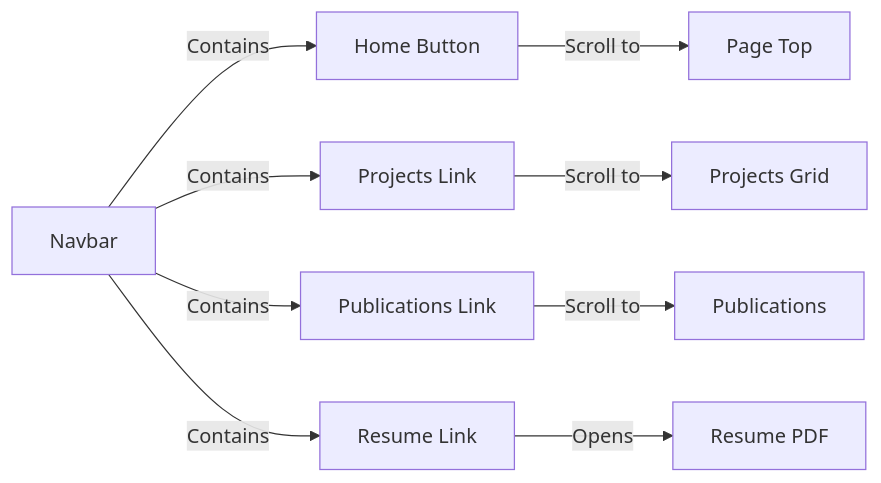
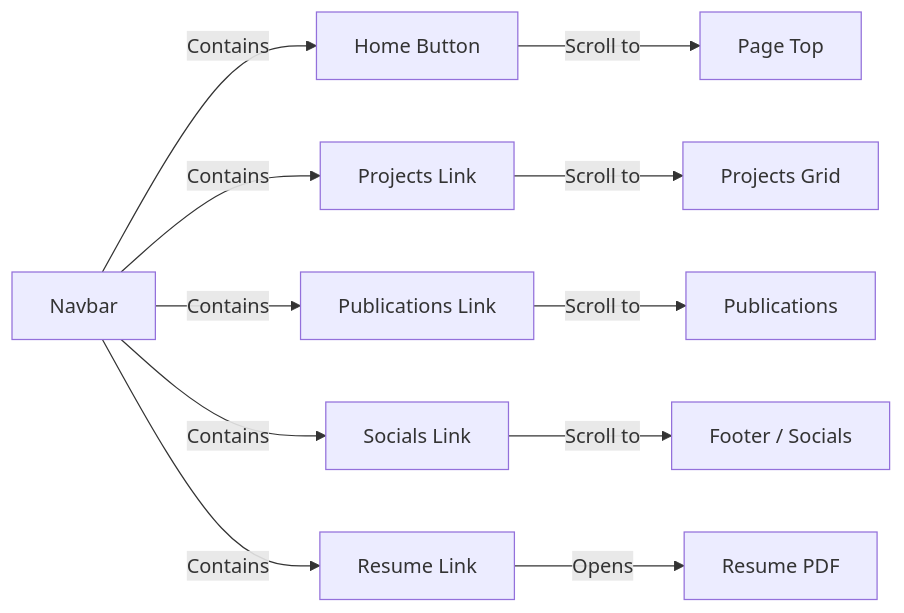
The first of 2 diagrams in docs/architecture/components/navbar.md (AlexJSully/AlexJSully-Portfolio), drawn with Mermaid before and after one commit. The commit also changed other lines of this file and 36 other files, not shown here.

````diff
--- a/docs/architecture/components/navbar.md
+++ b/docs/architecture/components/navbar.md
@@ -11,12 +11,16 @@
 ```mermaid
 flowchart LR
+    accTitle: Navbar Navigation Structure
+    accDescr: Navbar contains Home button and links for Projects, Publications, Socials, and Resume. Each item scrolls to or opens its target section or PDF
     Navbar[Navbar] -->|Contains| Home[Home Button]
     Navbar -->|Contains| Projects[Projects Link]
     Navbar -->|Contains| Pubs[Publications Link]
+    Navbar -->|Contains| Socials[Socials Link]
     Navbar -->|Contains| Resume[Resume Link]
 
     Home -->|Scroll to| Top[Page Top]
     Projects -->|Scroll to| ProjectsGrid[Projects Grid]
     Pubs -->|Scroll to| PublicationsList[Publications]
+    Socials -->|Scroll to| Footer[Footer / Socials]
     Resume -->|Opens| PDF[Resume PDF]
 ```
````
